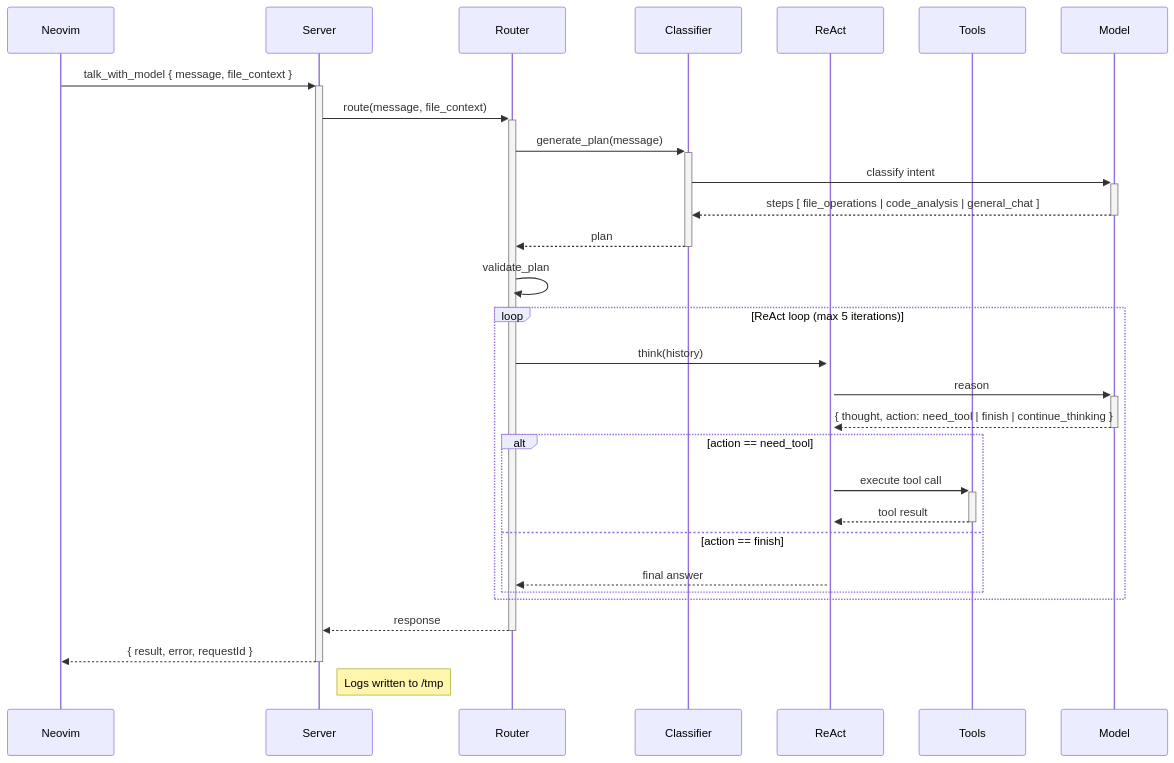
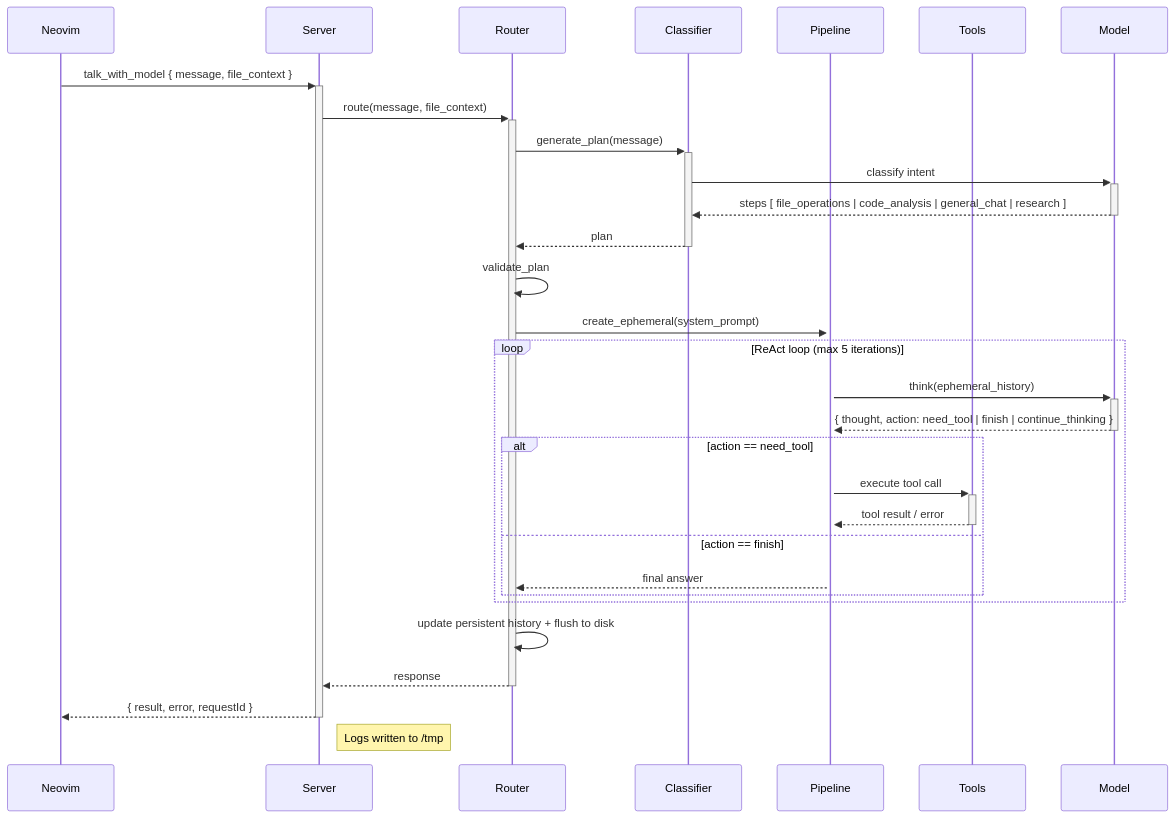
One commit to AgustinAllamanoCosta/Pulpero changed the second of 2 diagrams in README.md. Above: the diagram before and after it, drawn with Mermaid. The commit also changed other lines of this file and 1 other file, not shown here.

````diff
--- a/README.md
+++ b/README.md
@@ -316,32 +343,33 @@
 ```mermaid
    sequenceDiagram
       participant Neovim
       participant Server
       participant Router
       participant Classifier
-      participant ReAct
+      participant Pipeline
       participant Tools
       participant Model
 
       Neovim->>+Server: talk_with_model { message, file_context }
       Server->>+Router: route(message, file_context)
       Router->>+Classifier: generate_plan(message)
       Classifier->>+Model: classify intent
-      Model-->>-Classifier: steps [ file_operations | code_analysis | general_chat ]
+      Model-->>-Classifier: steps [ file_operations | code_analysis | general_chat | research ]
       Classifier-->>-Router: plan
       Router->>Router: validate_plan
+      Router->>+Pipeline: create_ephemeral(system_prompt)
       loop ReAct loop (max 5 iterations)
-          Router->>+ReAct: think(history)
-          ReAct->>+Model: reason
-          Model-->>-ReAct: { thought, action: need_tool | finish | continue_thinking }
+          Pipeline->>+Model: think(ephemeral_history)
+          Model-->>-Pipeline: { thought, action: need_tool | finish | continue_thinking }
           alt action == need_tool
-              ReAct->>+Tools: execute tool call
-              Tools-->>-ReAct: tool result
+              Pipeline->>+Tools: execute tool call
+              Tools-->>-Pipeline: tool result / error
           else action == finish
-              ReAct-->>Router: final answer
+              Pipeline-->>Router: final answer
           end
       end
+      Router->>Router: update persistent history + flush to disk
       Router-->>-Server: response
       Server-->>-Neovim: { result, error, requestId }
       Note right of Server: Logs written to /tmp
 ```
````
